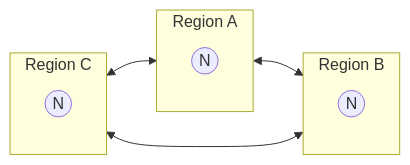
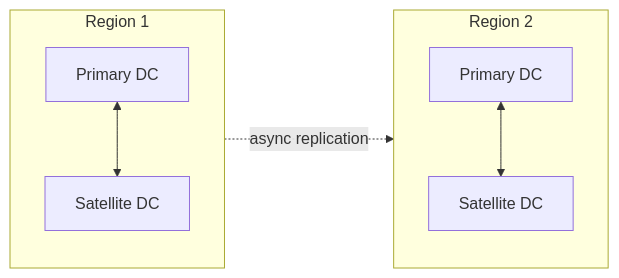
Before and after one commit to foundationdb-oss/doc-site: the third of 3 diagrams in docs/index.md, drawn with Mermaid. The commit also changed other lines of this file and 1 other file, not shown here.

Commit message:
docs: clarify FoundationDB multi-region architecture and correct region limit
Update landing page and configuration documentation to accurately reflect that
FoundationDB supports a maximum of 2 regions, not 3. Replace "Multi-Region
Replication" with "Multi-Datacenter Replication" to better distinguish between
regions (logical failover units) and datacenters (physical locations).

Add comprehensive region configuration guide including:
- Clear distinction between regions, datacenters, primary, and satellite DCs
- Visual architecture diagrams showing region and datacenter topology
- Region configuration JSON examples with satellite redundancy modes
- Explanation of how regions enable automatic failover with low commit latency
- Clarification that three_datacenter mode is incompatible with regions
- Best practices for coordinator placement in multi-region setups

This addresses the user question about the discrepancy between the documented
3-region scheme and FDB's actual 2-region architectural limit.

````diff
--- a/docs/index.md
+++ b/docs/index.md
@@ -228,13 +228,14 @@
 ```mermaid
 flowchart LR
-    subgraph A[Region A]
-        A1((N))
+    subgraph R1[Region 1]
+        P1[Primary DC]
+        S1[Satellite DC]
     end
-    subgraph B[Region B]
-        B1((N))
+    subgraph R2[Region 2]
+        P2[Primary DC]
+        S2[Satellite DC]
     end
-    subgraph C[Region C]
-        C1((N))
-    end
-    A <--> B <--> C <--> A
+    P1 <--> S1
+    P2 <--> S2
+    R1 -.->|async replication| R2
 ```
````
